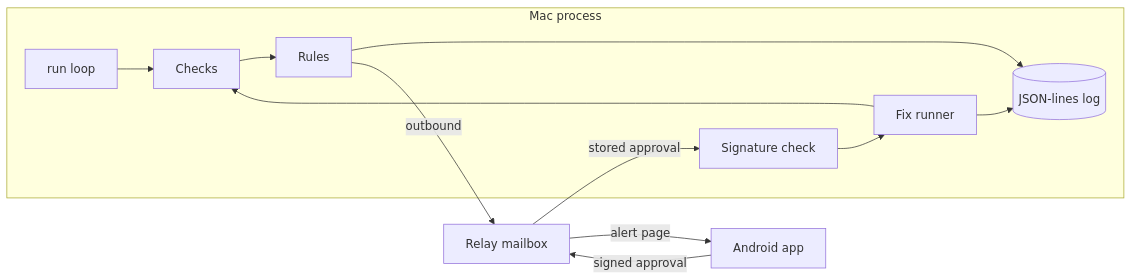
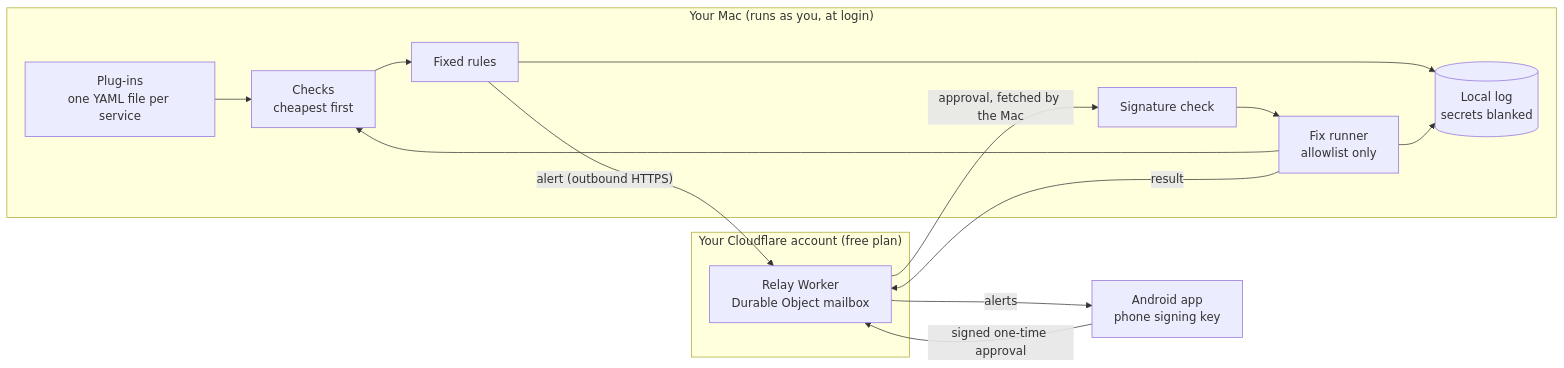
One commit to ZeroCool0388/daemon-doctor changed the first of 2 diagrams in README.md. Above: the diagram before and after it, drawn with Mermaid. The commit also changed other lines of this file, not shown here.

````diff
--- a/README.md
+++ b/README.md
@@ -40,15 +64,20 @@
 ```mermaid
 flowchart LR
-  subgraph Local["Mac process"]
-    S[run loop] --> C[Checks]
-    C --> R[Rules]
-    R --> L[(JSON-lines log)]
-    V[Signature check] --> F[Fix runner]
+  subgraph Mac["Your Mac (runs as you, at login)"]
+    P["Plug-ins<br/>one YAML file per service"] --> C["Checks<br/>cheapest first"]
+    C --> R["Fixed rules"]
+    R --> L[("Local log<br/>secrets blanked")]
+    V["Signature check"] --> F["Fix runner<br/>allowlist only"]
     F --> C
     F --> L
   end
-  R -- outbound --> W[Relay mailbox]
-  W -- stored approval --> V
-  Ph[Android app] -- signed approval --> W
-  W -- alert page --> Ph
+  subgraph CF["Your Cloudflare account (free plan)"]
+    W["Relay Worker<br/>Durable Object mailbox"]
+  end
+  Ph["Android app<br/>phone signing key"]
+  R -- "alert (outbound HTTPS)" --> W
+  W -- "approval, fetched by the Mac" --> V
+  F -- "result" --> W
+  W -- "alerts" --> Ph
+  Ph -- "signed one-time approval" --> W
 ```
````
